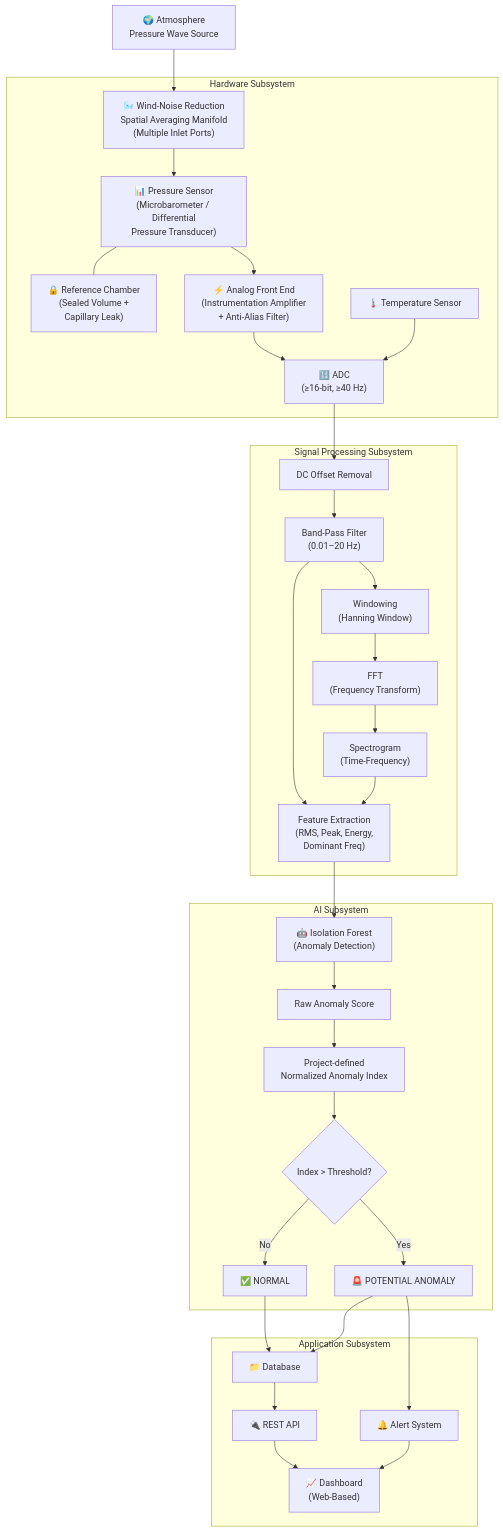
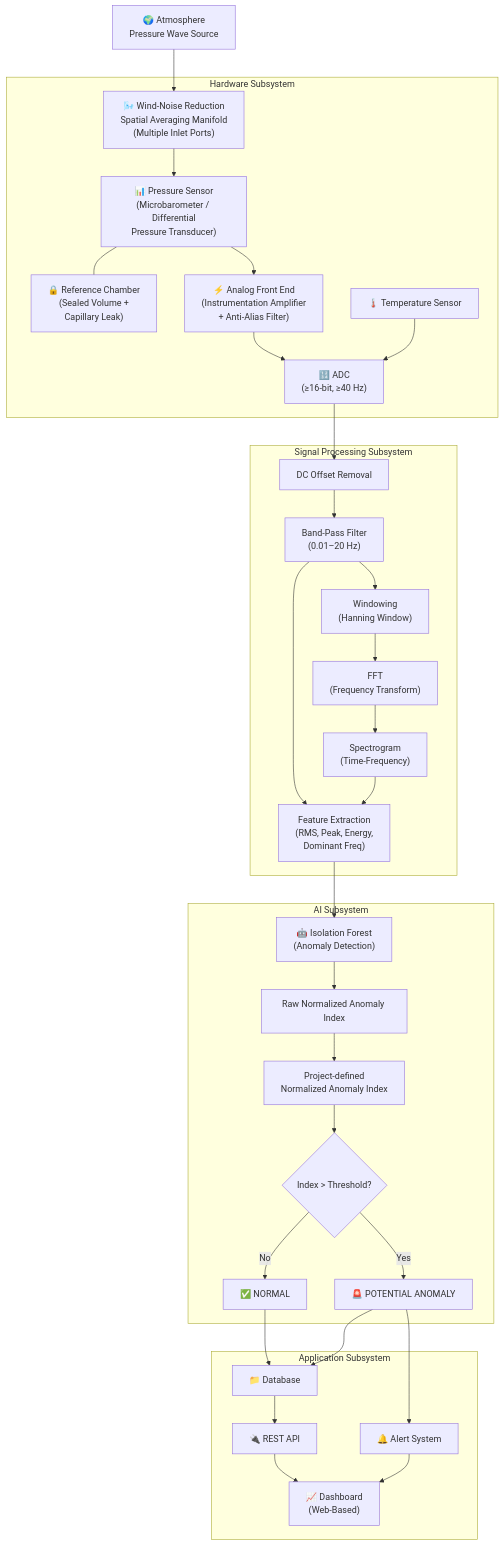
Before and after one commit to akhilsoigama/infra_socket: the second of 3 diagrams in 02-system-architecture/architecture.md, drawn with Mermaid. The commit also changed other lines of this file and 43 other files, not shown here.

````diff
--- a/02-system-architecture/architecture.md
+++ b/02-system-architecture/architecture.md
@@ -31,41 +31,41 @@
 ```mermaid
 flowchart TD
     ATM["🌍 Atmosphere\nPressure Wave Source"] --> WNR
 
     subgraph HARDWARE["Hardware Subsystem"]
         WNR["🌬️ Wind-Noise Reduction\nSpatial Averaging Manifold\n(Multiple Inlet Ports)"]
         WNR --> SENSOR["📊 Pressure Sensor\n(Microbarometer / Differential\nPressure Transducer)"]
         SENSOR --- REFCHAM["🔒 Reference Chamber\n(Sealed Volume +\nCapillary Leak)"]
         SENSOR --> AFE["⚡ Analog Front End\n(Instrumentation Amplifier\n+ Anti-Alias Filter)"]
         AFE --> ADC["🔢 ADC\n(≥16-bit, ≥40 Hz)"]
         TEMP["🌡️ Temperature Sensor"] --> ADC
     end
 
     subgraph PROCESSING["Signal Processing Subsystem"]
         ADC --> DCR["DC Offset Removal"]
         DCR --> BPF["Band-Pass Filter\n(0.01–20 Hz)"]
         BPF --> WIN["Windowing\n(Hanning Window)"]
         WIN --> FFT["FFT\n(Frequency Transform)"]
         FFT --> SPEC["Spectrogram\n(Time-Frequency)"]
         BPF --> FEAT["Feature Extraction\n(RMS, Peak, Energy,\nDominant Freq)"]
         SPEC --> FEAT
     end
 
     subgraph AI_SUB["AI Subsystem"]
         FEAT --> IFOREST["🤖 Isolation Forest\n(Anomaly Detection)"]
-        IFOREST --> RAWSCORE["Raw Anomaly Score"]
+        IFOREST --> RAWSCORE["Raw Normalized Anomaly Index"]
         RAWSCORE --> NORMSCORE["Project-defined\nNormalized Anomaly Index"]
         NORMSCORE --> THRESHOLD{"Index > Threshold?"}
         THRESHOLD -->|Yes| ANOMALY["🚨 POTENTIAL ANOMALY"]
         THRESHOLD -->|No| NORMAL["✅ NORMAL"]
     end
 
     subgraph APPLICATION["Application Subsystem"]
         ANOMALY --> ALERT["🔔 Alert System"]
         NORMAL --> DB["📁 Database"]
         ANOMALY --> DB
         DB --> API["🔌 REST API"]
         API --> DASHBOARD["📈 Dashboard\n(Web-Based)"]
         ALERT --> DASHBOARD
     end
 ```
````
